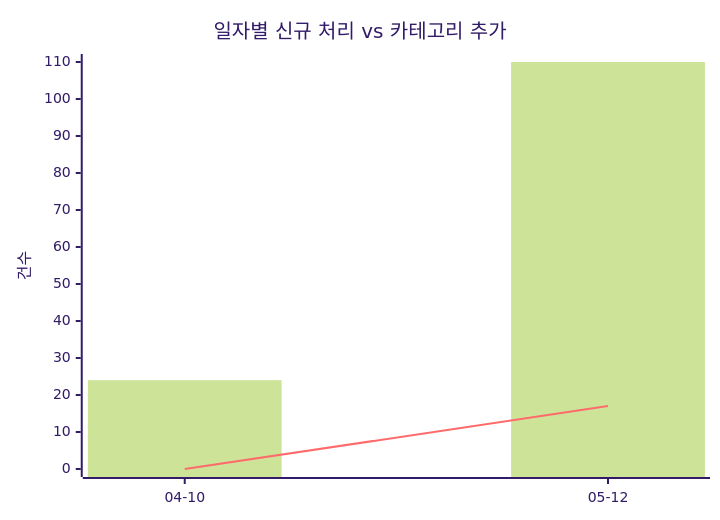
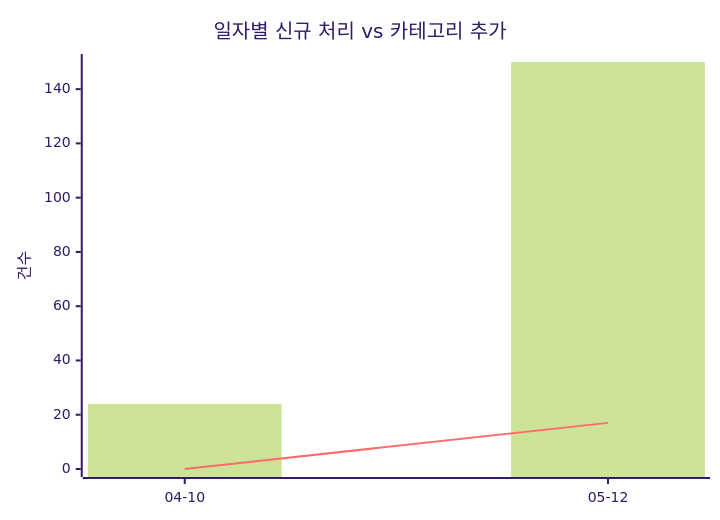
The first of 2 diagrams in docs/trends.md (J-nowcow/awesome-korean-agent-skills), drawn with Mermaid (forest theme) before and after one commit. The commit also changed other lines of this file and 2 other files, not shown here.

````diff
--- a/docs/trends.md
+++ b/docs/trends.md
@@ -32,8 +32,8 @@
 ```mermaid
 xychart-beta
     title "일자별 신규 처리 vs 카테고리 추가"
     x-axis ["04-10","05-12"]
     y-axis "건수"
-    bar [24,110]
+    bar [24,150]
     line [0,17]
 ```
````
